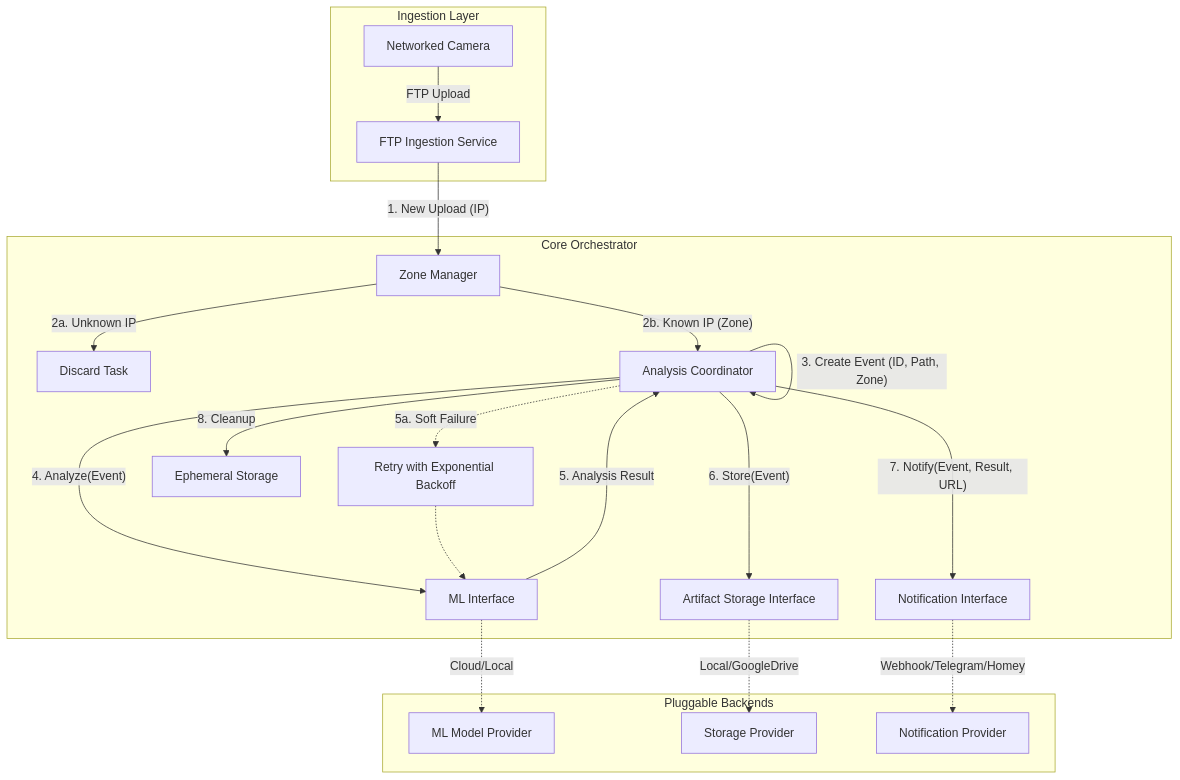
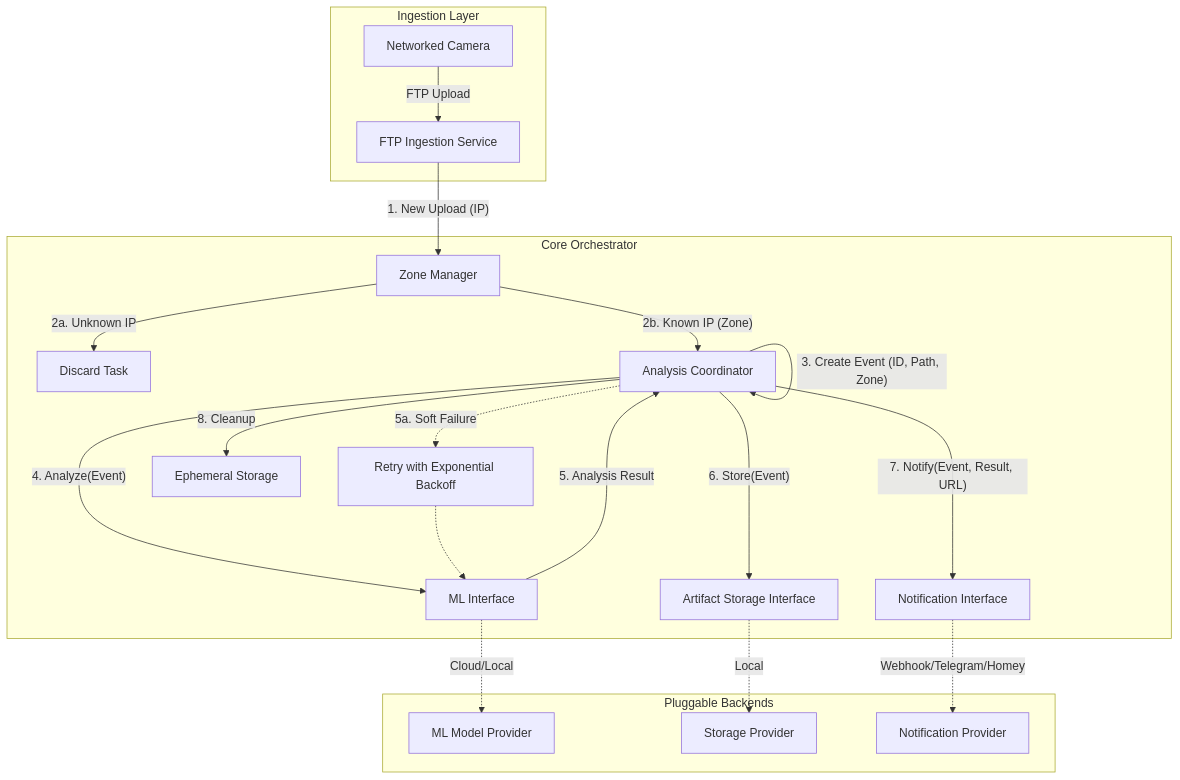
Before and after one commit to digitalentity/red-queen: the first of 2 diagrams in docs/DESIGN.md, drawn with Mermaid. The commit also changed other lines of this file and 11 other files, not shown here.

First line of the commit message:
refactor(storage): remove Google Drive storage provider.

````diff
--- a/docs/DESIGN.md
+++ b/docs/DESIGN.md
@@ -7,30 +7,30 @@
 ```mermaid
 graph TD
     subgraph "Ingestion Layer"
         Camera[Networked Camera] -->|FTP Upload| FTPServer[FTP Ingestion Service]
     end
 
     subgraph "Core Orchestrator"
         FTPServer -->|"1. New Upload (IP)"| ZoneManager[Zone Manager]
         ZoneManager -->|"2a. Unknown IP"| Discard[Discard Task]
         ZoneManager -->|"2b. Known IP (Zone)"| Coordinator[Analysis Coordinator]
         
         Coordinator -->|"3. Create Event (ID, Path, Zone)"| Coordinator
         Coordinator -->|"4. Analyze(Event)"| MLInterface[ML Interface]
         MLInterface -->|"5. Analysis Result"| Coordinator
         
         Coordinator -.->|"5a. Soft Failure"| Retry[Retry with Exponential Backoff]
         Retry -.-> MLInterface
 
         Coordinator -->|"6. Store(Event)"| StorageInterface[Artifact Storage Interface]
         Coordinator -->|"7. Notify(Event, Result, URL)"| NotificationInterface[Notification Interface]
         
         Coordinator -->|"8. Cleanup"| TempStorage[Ephemeral Storage]
     end
 
     subgraph "Pluggable Backends"
         MLInterface -.->|Cloud/Local| MLModel[ML Model Provider]
-        StorageInterface -.->|Local/GoogleDrive| StorageProvider[Storage Provider]
+        StorageInterface -.->|Local| StorageProvider[Storage Provider]
         NotificationInterface -.->|Webhook/Telegram/Homey| NotificationProvider[Notification Provider]
     end
 ```
````
